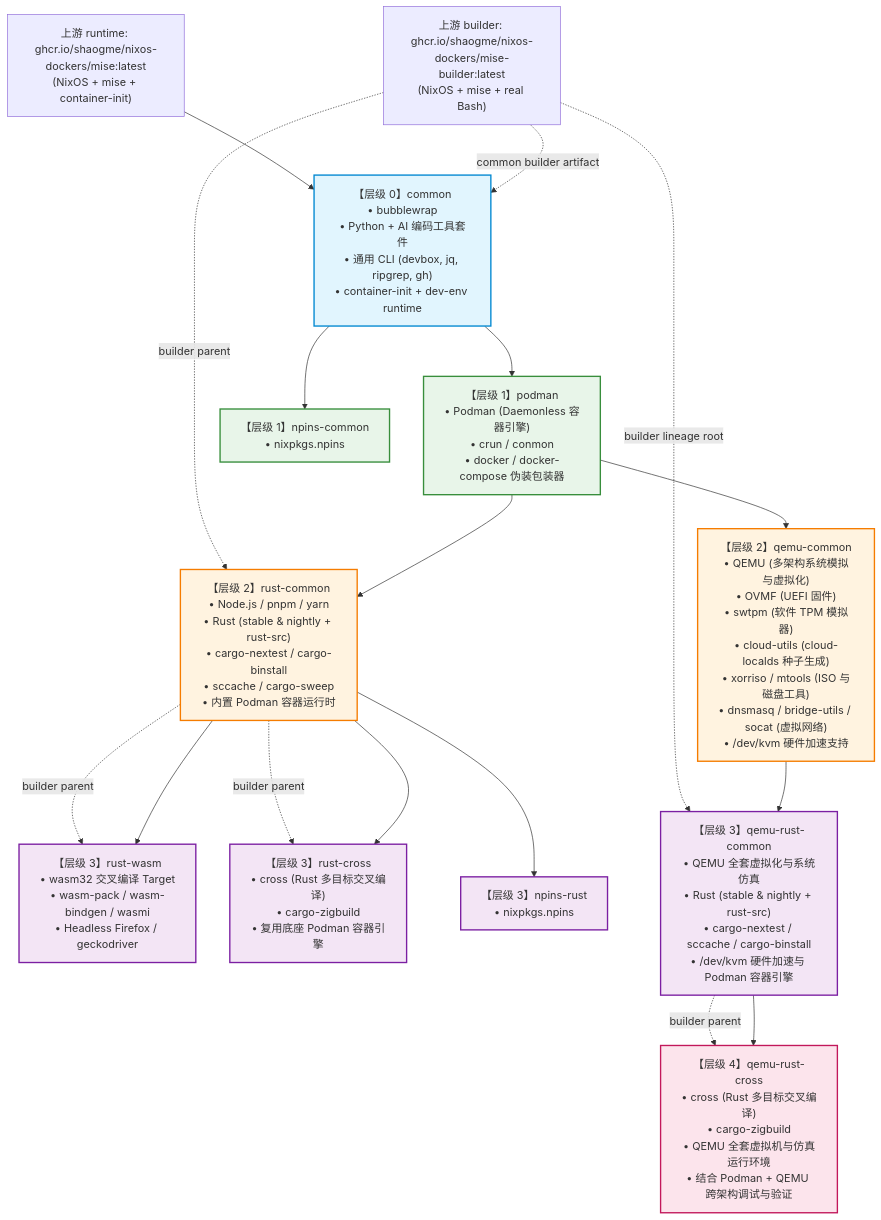
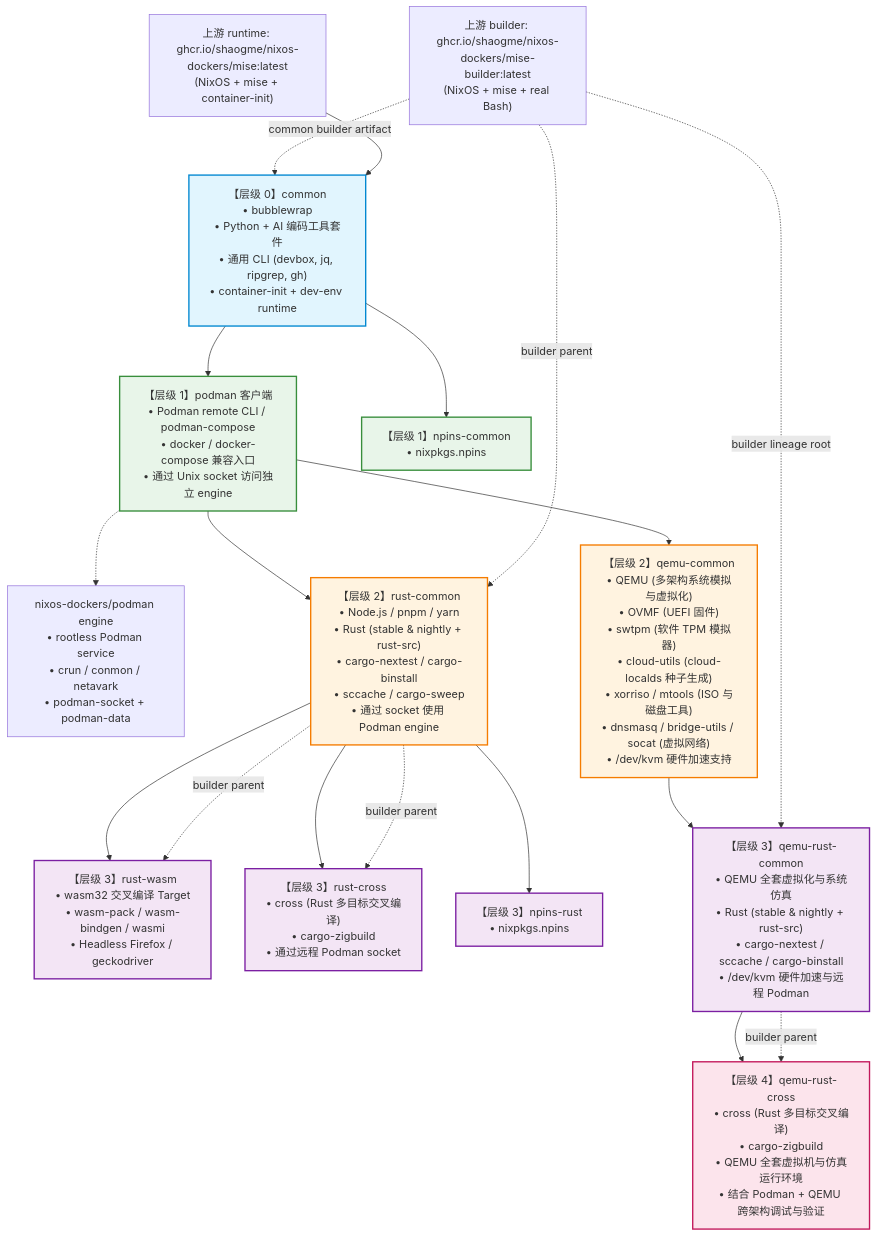
One commit to shaogme/coding-images changed the first of 5 diagrams in README.md. Above: the diagram before and after it, drawn with Mermaid. The commit also changed other lines of this file and 29 other files, not shown here.

````diff
--- a/README.md
+++ b/README.md
@@ -64,54 +64,56 @@
 ```mermaid
 flowchart TD
     Upstream["上游 runtime: ghcr.io/shaogme/nixos-dockers/mise:latest<br/>(NixOS + mise + container-init)"]
     Builder["上游 builder: ghcr.io/shaogme/nixos-dockers/mise-builder:latest<br/>(NixOS + mise + real Bash)"]
     
     Common["【层级 0】common<br/>• bubblewrap<br/>• Python + AI 编码工具套件<br/>• 通用 CLI (devbox, jq, ripgrep, gh)<br/>• container-init + dev-env runtime"]
 
-    Podman["【层级 1】podman<br/>• Podman (Daemonless 容器引擎)<br/>• crun / conmon<br/>• docker / docker-compose 伪装包装器"]
+    Podman["【层级 1】podman 客户端<br/>• Podman remote CLI / podman-compose<br/>• docker / docker-compose 兼容入口<br/>• 通过 Unix socket 访问独立 engine"]
+    Engine["nixos-dockers/podman engine<br/>• rootless Podman service<br/>• crun / conmon / netavark<br/>• podman-socket + podman-data"]
     
     NpinsCommon["【层级 1】npins-common<br/>• nixpkgs.npins"]
 
-    RustCommon["【层级 2】rust-common<br/>• Node.js / pnpm / yarn<br/>• Rust (stable & nightly + rust-src)<br/>• cargo-nextest / cargo-binstall<br/>• sccache / cargo-sweep<br/>• 内置 Podman 容器运行时"]
+    RustCommon["【层级 2】rust-common<br/>• Node.js / pnpm / yarn<br/>• Rust (stable & nightly + rust-src)<br/>• cargo-nextest / cargo-binstall<br/>• sccache / cargo-sweep<br/>• 通过 socket 使用 Podman engine"]
 
     QemuCommon["【层级 2】qemu-common<br/>• QEMU (多架构系统模拟与虚拟化)<br/>• OVMF (UEFI 固件)<br/>• swtpm (软件 TPM 模拟器)<br/>• cloud-utils (cloud-localds 种子生成)<br/>• xorriso / mtools (ISO 与磁盘工具)<br/>• dnsmasq / bridge-utils / socat (虚拟网络)<br/>• /dev/kvm 硬件加速支持"]
     
     RustWasm["【层级 3】rust-wasm<br/>• wasm32 交叉编译 Target<br/>• wasm-pack / wasm-bindgen / wasmi<br/>• Headless Firefox / geckodriver"]
     
-    RustCross["【层级 3】rust-cross<br/>• cross (Rust 多目标交叉编译)<br/>• cargo-zigbuild<br/>• 复用底座 Podman 容器引擎"]
+    RustCross["【层级 3】rust-cross<br/>• cross (Rust 多目标交叉编译)<br/>• cargo-zigbuild<br/>• 通过远程 Podman socket"]
 
     NpinsRust["【层级 3】npins-rust<br/>• nixpkgs.npins"]
 
-    QemuRustCommon["【层级 3】qemu-rust-common<br/>• QEMU 全套虚拟化与系统仿真<br/>• Rust (stable & nightly + rust-src)<br/>• cargo-nextest / sccache / cargo-binstall<br/>• /dev/kvm 硬件加速与 Podman 容器引擎"]
+    QemuRustCommon["【层级 3】qemu-rust-common<br/>• QEMU 全套虚拟化与系统仿真<br/>• Rust (stable & nightly + rust-src)<br/>• cargo-nextest / sccache / cargo-binstall<br/>• /dev/kvm 硬件加速与远程 Podman"]
 
     QemuRustCross["【层级 4】qemu-rust-cross<br/>• cross (Rust 多目标交叉编译)<br/>• cargo-zigbuild<br/>• QEMU 全套虚拟机与仿真运行环境<br/>• 结合 Podman + QEMU 跨架构调试与验证"]
 
     Upstream --> Common
     Builder -.->|common builder artifact| Common
     Builder -.->|builder parent| RustCommon
     RustCommon -.->|builder parent| RustWasm
     RustCommon -.->|builder parent| RustCross
     Builder -.->|builder lineage root| QemuRustCommon
     QemuRustCommon -.->|builder parent| QemuRustCross
     Common --> Podman
+    Podman -.-> Engine
     Common --> NpinsCommon
     Podman --> RustCommon
     Podman --> QemuCommon
     RustCommon --> NpinsRust
     RustCommon --> RustWasm
     RustCommon --> RustCross
     QemuCommon --> QemuRustCommon
     QemuRustCommon --> QemuRustCross
 
     classDef base fill:#e1f5fe,stroke:#0288d1,stroke-width:2px;
     classDef l1 fill:#e8f5e9,stroke:#388e3c,stroke-width:2px;
     classDef l2 fill:#fff3e0,stroke:#f57c00,stroke-width:2px;
     classDef l3 fill:#f3e5f5,stroke:#7b1fa2,stroke-width:2px;
     classDef l4 fill:#fce4ec,stroke:#c2185b,stroke-width:2px;
 
     class Common base;
     class Podman,NpinsCommon l1;
     class RustCommon,QemuCommon l2;
     class NpinsRust,RustWasm,RustCross,QemuRustCommon l3;
     class QemuRustCross l4;
 ```
````
